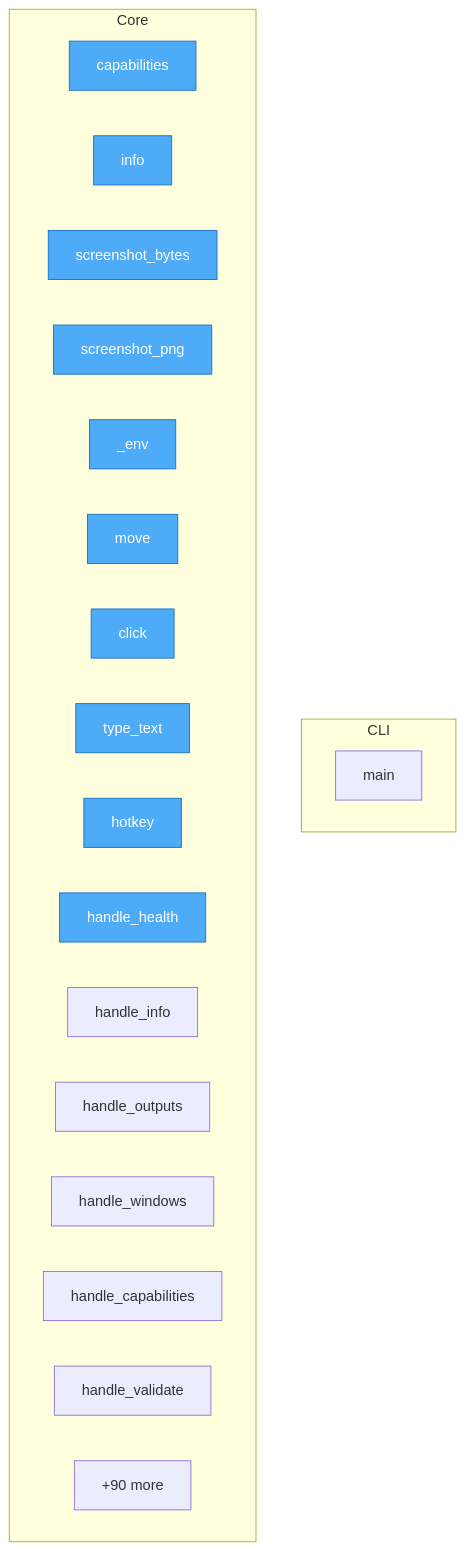
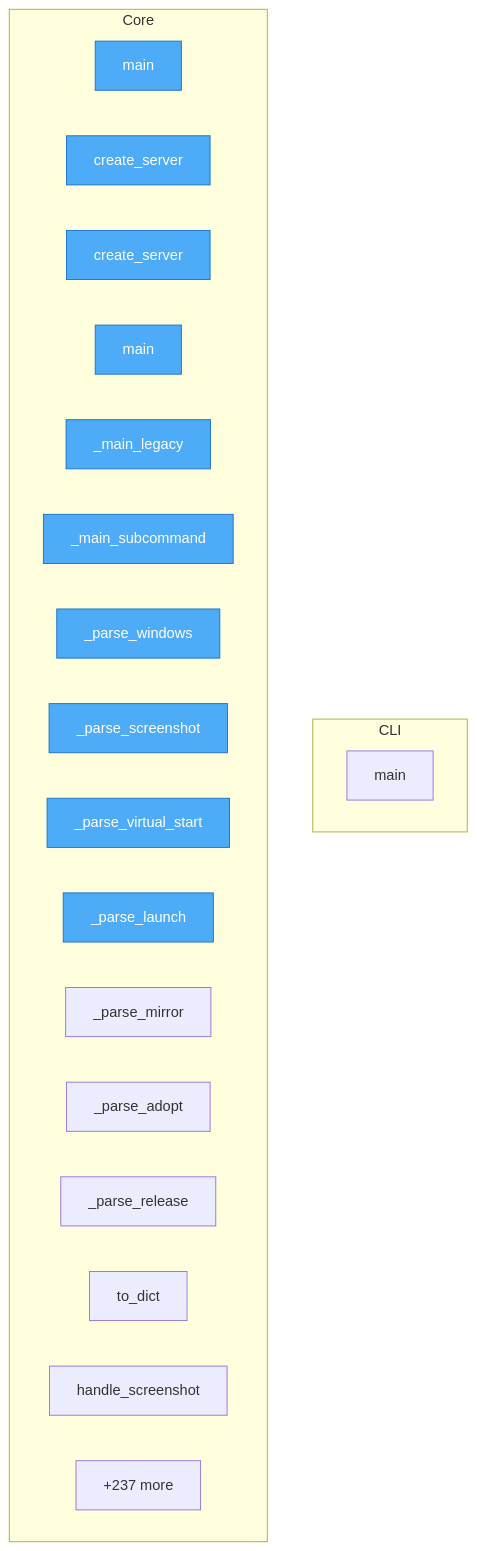
Before and after one commit to wronai/vdisplay: the diagram in project/flow.mmd, drawn with Mermaid. The commit also changed 152 other files, not shown here.

```diff
--- a/project/flow.mmd
+++ b/project/flow.mmd
@@ -1,30 +1,30 @@
 flowchart TD
-%% generated in 0.01s
+%% generated in 0.02s
 
     %% Entry points (blue)
     classDef entry fill:#4dabf7,stroke:#1971c2,color:#fff
 
     subgraph CLI
         packages__cli2vdisplay__src__cli2vdisplay__cli__main["main"]
     end
 
     subgraph Core
-        src__vdisplay__backends__mirror_stub__MirrorStubBackend__capabilities["capabilities"]
-        src__vdisplay__backends__mirror_stub__MirrorStubBackend__info["info"]
-        src__vdisplay__backends__mirror_stub__MirrorStubBackend__screenshot_bytes["screenshot_bytes"]
-        src__vdisplay__capture__base__CaptureBackend__screenshot_png["screenshot_png"]
-        src__vdisplay__input__linux_xdotool__LinuxXdotoolInput___env["_env"]
-        src__vdisplay__input__linux_xdotool__LinuxXdotoolInput__move["move"]
-        src__vdisplay__input__linux_xdotool__LinuxXdotoolInput__click["click"]
-        src__vdisplay__input__linux_xdotool__LinuxXdotoolInput__type_text["type_text"]
-        src__vdisplay__input__linux_xdotool__LinuxXdotoolInput__hotkey["hotkey"]
-        packages__dsl2vdisplay__src__dsl2vdisplay__handlers__query__handle_health["handle_health"]
-        packages__dsl2vdisplay__src__dsl2vdisplay__handlers__query__handle_info["handle_info"]
-        packages__dsl2vdisplay__src__dsl2vdisplay__handlers__query__handle_outputs["handle_outputs"]
-        packages__dsl2vdisplay__src__dsl2vdisplay__handlers__query__handle_windows["handle_windows"]
-        packages__dsl2vdisplay__src__dsl2vdisplay__handlers__query__handle_capabilities["handle_capabilities"]
-        packages__dsl2vdisplay__src__dsl2vdisplay__handlers__query__handle_validate["handle_validate"]
-        ...["+90 more"]
+        packages__mcp2vdisplay__src__mcp2vdisplay__cli__main["main"]
+        packages__mcp2vdisplay__src__mcp2vdisplay__cli__create_server["create_server"]
+        packages__mcp2vdisplay__src__mcp2vdisplay__server__create_server["create_server"]
+        packages__dsl2vdisplay__src__dsl2vdisplay__cli__main["main"]
+        packages__dsl2vdisplay__src__dsl2vdisplay__cli___main_legacy["_main_legacy"]
+        packages__dsl2vdisplay__src__dsl2vdisplay__cli___main_subcommand["_main_subcommand"]
+        packages__dsl2vdisplay__src__dsl2vdisplay__grammar___parse_windows["_parse_windows"]
+        packages__dsl2vdisplay__src__dsl2vdisplay__grammar___parse_screenshot["_parse_screenshot"]
+        packages__dsl2vdisplay__src__dsl2vdisplay__grammar___parse_virtual_start["_parse_virtual_start"]
+        packages__dsl2vdisplay__src__dsl2vdisplay__grammar___parse_launch["_parse_launch"]
+        packages__dsl2vdisplay__src__dsl2vdisplay__grammar___parse_mirror["_parse_mirror"]
+        packages__dsl2vdisplay__src__dsl2vdisplay__grammar___parse_adopt["_parse_adopt"]
+        packages__dsl2vdisplay__src__dsl2vdisplay__grammar___parse_release["_parse_release"]
+        packages__dsl2vdisplay__src__dsl2vdisplay__result__DslResult__to_dict["to_dict"]
+        packages__dsl2vdisplay__src__dsl2vdisplay__handlers__command__handle_screenshot["handle_screenshot"]
+        ...["+237 more"]
     end
 
-    class src__vdisplay__backends__mirror_stub__MirrorStubBackend__capabilities,src__vdisplay__backends__mirror_stub__MirrorStubBackend__info,src__vdisplay__backends__mirror_stub__MirrorStubBackend__screenshot_bytes,src__vdisplay__capture__base__CaptureBackend__screenshot_png,src__vdisplay__input__linux_xdotool__LinuxXdotoolInput___env,src__vdisplay__input__linux_xdotool__LinuxXdotoolInput__move,src__vdisplay__input__linux_xdotool__LinuxXdotoolInput__click,src__vdisplay__input__linux_xdotool__LinuxXdotoolInput__type_text,src__vdisplay__input__linux_xdotool__LinuxXdotoolInput__hotkey,packages__dsl2vdisplay__src__dsl2vdisplay__handlers__query__handle_health entry
+    class packages__mcp2vdisplay__src__mcp2vdisplay__cli__main,packages__mcp2vdisplay__src__mcp2vdisplay__cli__create_server,packages__mcp2vdisplay__src__mcp2vdisplay__server__create_server,packages__dsl2vdisplay__src__dsl2vdisplay__cli__main,packages__dsl2vdisplay__src__dsl2vdisplay__cli___main_legacy,packages__dsl2vdisplay__src__dsl2vdisplay__cli___main_subcommand,packages__dsl2vdisplay__src__dsl2vdisplay__grammar___parse_windows,packages__dsl2vdisplay__src__dsl2vdisplay__grammar___parse_screenshot,packages__dsl2vdisplay__src__dsl2vdisplay__grammar___parse_virtual_start,packages__dsl2vdisplay__src__dsl2vdisplay__grammar___parse_launch entry
```
